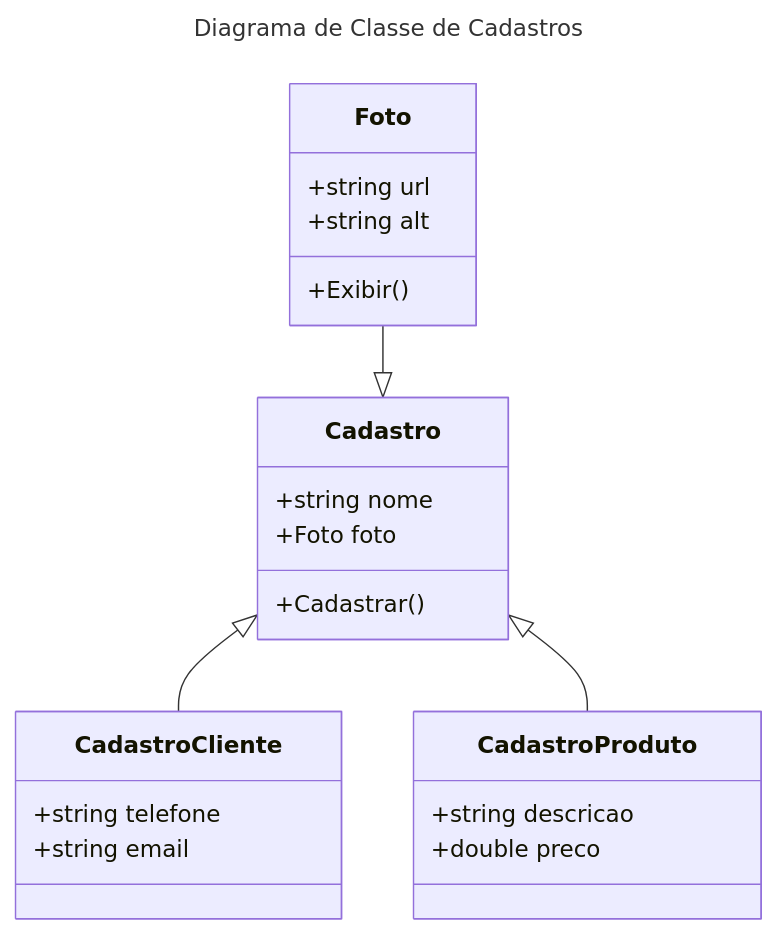
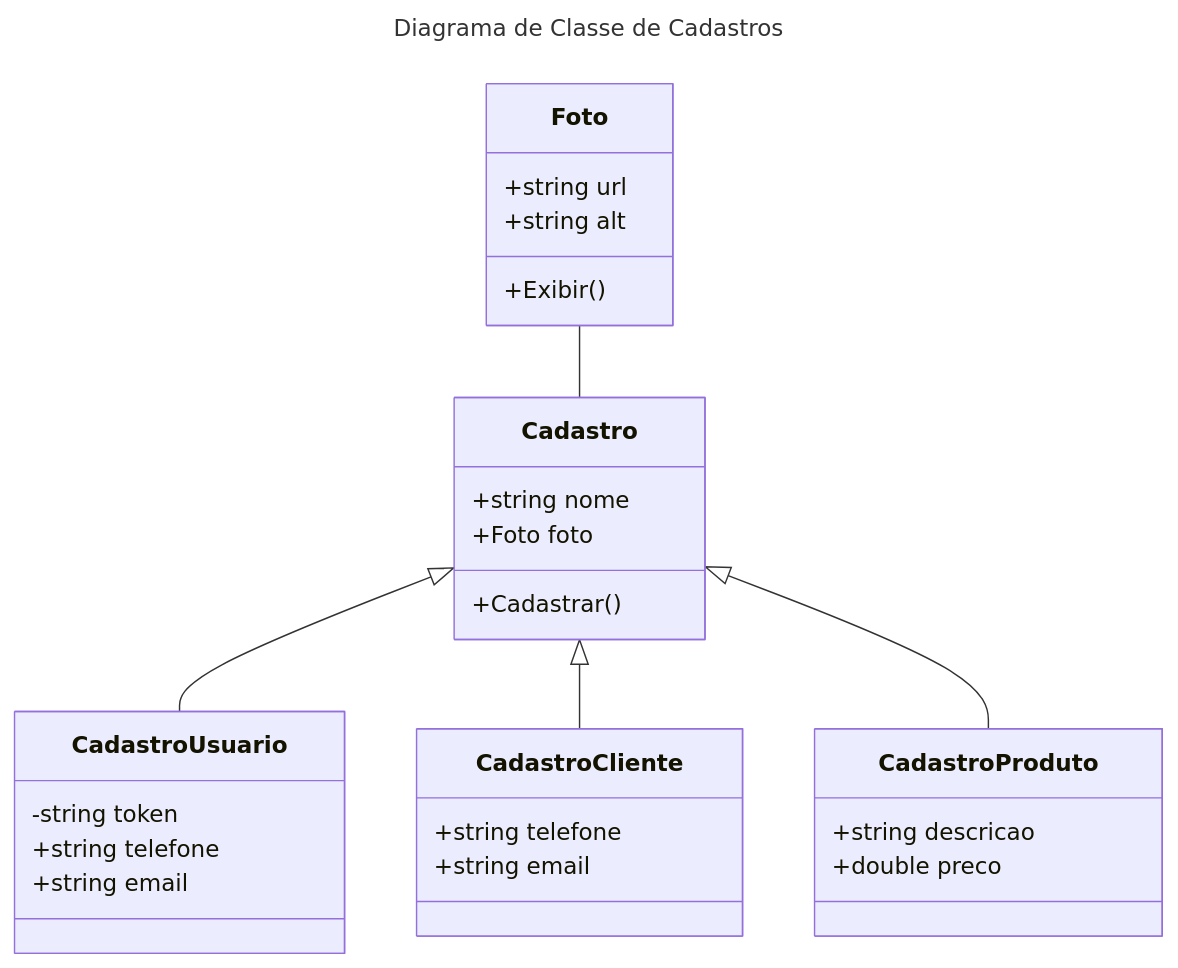
Diagram 16 of 19 in engenharia/diagrams.md (h4mn/fatec_tarefas), drawn with Mermaid before and after one commit. The commit also changed other lines of this file, not shown here.

````diff
--- a/engenharia/diagrams.md
+++ b/engenharia/diagrams.md
@@ -402,30 +410,36 @@
 ```mermaid
 ---
 title: Diagrama de Classe de Cadastros
 ---
 classDiagram
     class Foto{
         +string url
         +string alt
         +Exibir()
     }
 
     class Cadastro{
         +string nome
         +Foto foto
         +Cadastrar()
     }
 
-    Foto --|> Cadastro
+    Foto -- Cadastro
+    Cadastro <|-- CadastroUsuario
     Cadastro <|-- CadastroCliente
     Cadastro <|-- CadastroProduto
 
+    class CadastroUsuario{
+        -string token
+        +string telefone
+        +string email
+    }
     class CadastroCliente{
         +string telefone
         +string email
     }
     class CadastroProduto{
         +string descricao
         +double preco
     }
 ```
````
